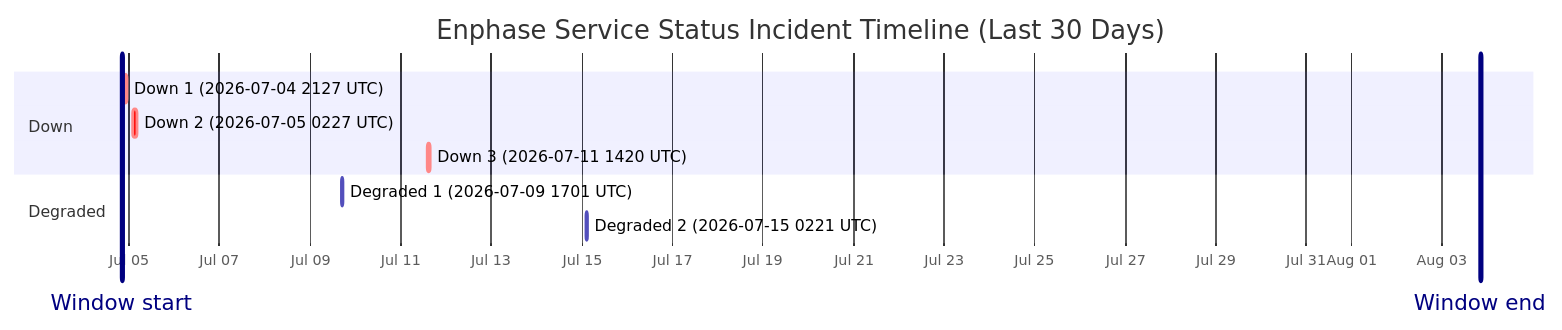
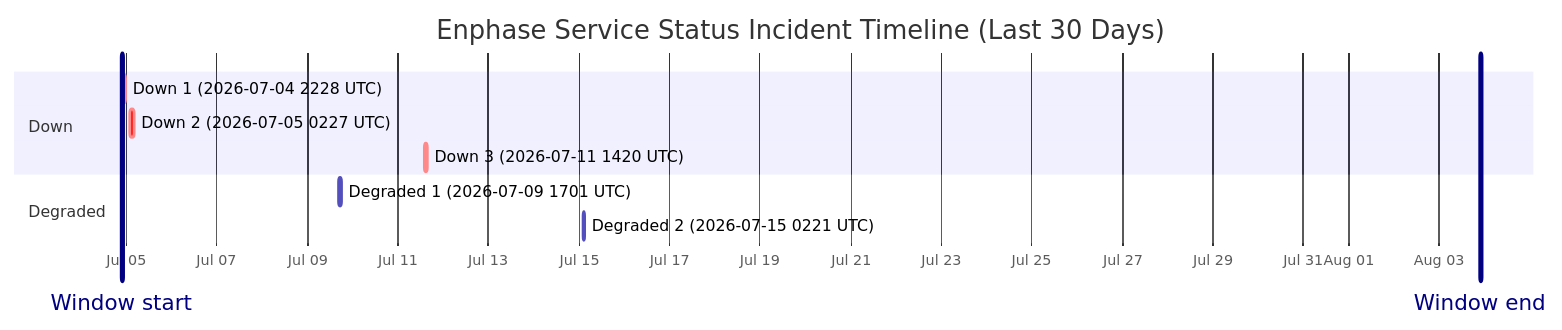
One commit to barneyonline/ha-enphase-energy changed the diagram in wiki/Service-Status-History.md. Above: the diagram before and after it, drawn with Mermaid. The commit also changed other lines of this file and 3 other files, not shown here.

````diff
--- a/wiki/Service-Status-History.md
+++ b/wiki/Service-Status-History.md
@@ -14,15 +14,15 @@
 ```mermaid
 gantt
     title Enphase Service Status Incident Timeline (Last 30 Days)
     dateFormat  YYYY-MM-DDTHH:mm:ss
     axisFormat  %b %d
-    Window start :vert, window-start, 2026-07-04T20:10:14, 0ms
-    Window end :vert, window-end, 2026-08-03T20:10:14, 0ms
+    Window start :vert, window-start, 2026-07-04T21:39:00, 0ms
+    Window end :vert, window-end, 2026-08-03T21:39:00, 0ms
     section Down
-    Down 1 (2026-07-04 2127 UTC) :crit, down-1, 2026-07-04T21:27:16, 126m
+    Down 1 (2026-07-04 2228 UTC) :crit, down-1, 2026-07-04T22:28:40, 65m
     Down 2 (2026-07-05 0227 UTC) :crit, down-2, 2026-07-05T02:27:32, 109m
     Down 3 (2026-07-11 1420 UTC) :crit, down-3, 2026-07-11T14:20:54, 69m
     section Degraded
     Degraded 1 (2026-07-09 1701 UTC) :active, degraded-1, 2026-07-09T17:01:02, 60m
     Degraded 2 (2026-07-15 0221 UTC) :active, degraded-2, 2026-07-15T02:21:35, 60m
 ```
````
